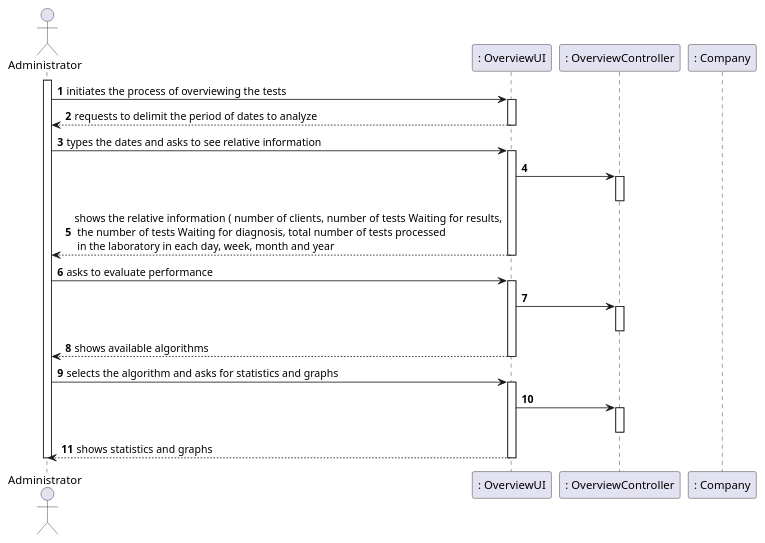
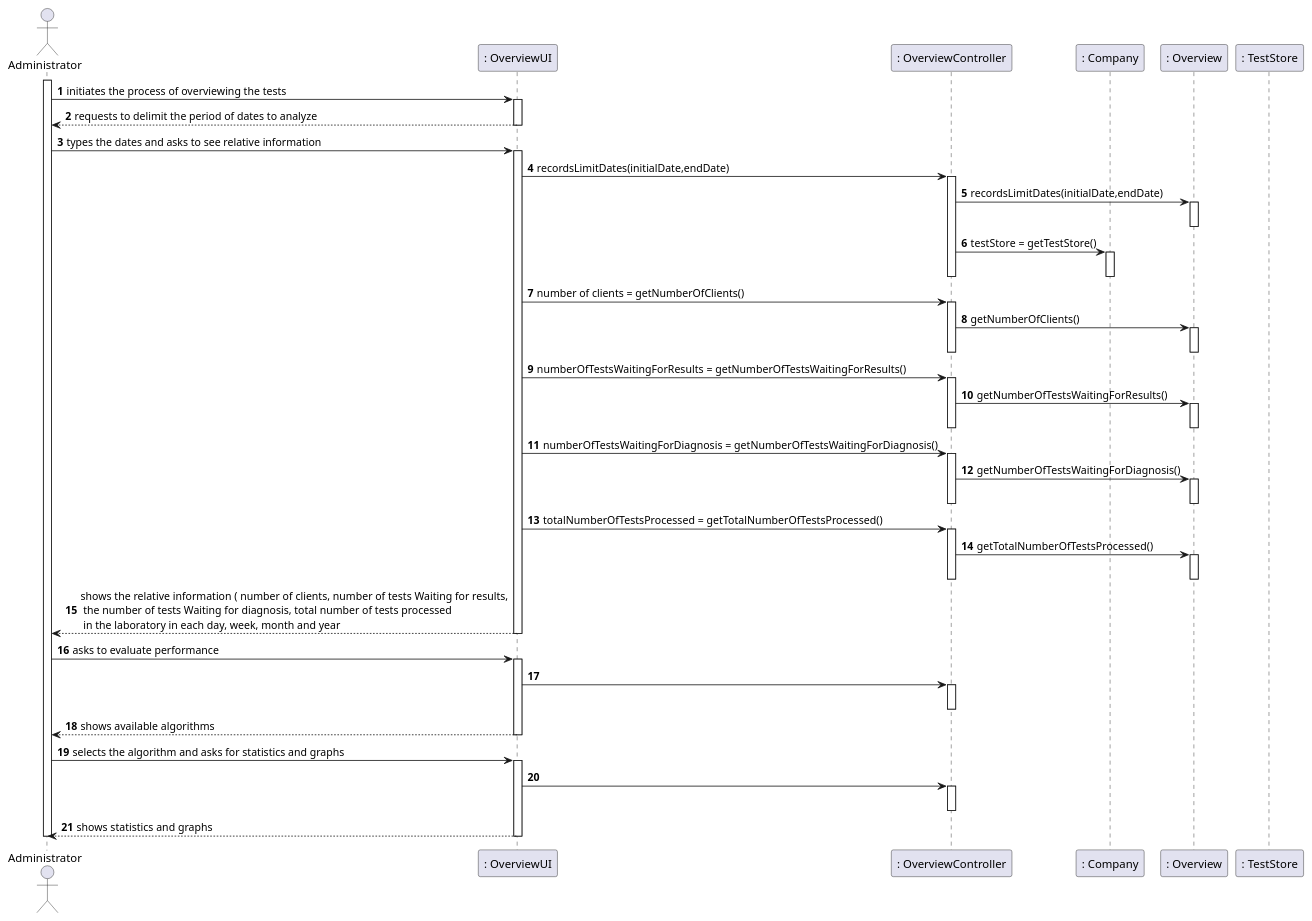
Before and after one commit to manu-07-ela/LAPR2_ISEP: the diagram in docs/SprintD/US16/US16_SD.puml, drawn with PlantUML. The commit also changed 3 other files, not shown here.

```diff
--- a/docs/SprintD/US16/US16_SD.puml
+++ b/docs/SprintD/US16/US16_SD.puml
@@ -1,42 +1,79 @@
 @startuml
 autonumber
 'hide footbox
 actor "Administrator" as ADMIN
 
 participant ": OverviewUI" as UI
 participant ": OverviewController" as CTRL
 participant ": Company" as COMP
+participant ": Overview" as OVERVIEW
+participant ": TestStore" as TS
 
 activate ADMIN
 ADMIN -> UI : initiates the process of overviewing the tests
 activate UI
 UI --> ADMIN : requests to delimit the period of dates to analyze
 deactivate UI
 
 ADMIN -> UI : types the dates and asks to see relative information
 activate UI
-UI -> CTRL :
+UI -> CTRL : recordsLimitDates(initialDate,endDate)
 activate CTRL
+CTRL -> OVERVIEW : recordsLimitDates(initialDate,endDate)
+activate OVERVIEW
+deactivate OVERVIEW
+
+CTRL -> COMP : testStore = getTestStore()
+activate COMP
+deactivate COMP
 deactivate CTRL
+UI -> CTRL : number of clients = getNumberOfClients()
+activate CTRL
+CTRL -> OVERVIEW : getNumberOfClients()
+activate OVERVIEW
+deactivate OVERVIEW
+deactivate CTRL
+
+UI -> CTRL : numberOfTestsWaitingForResults = getNumberOfTestsWaitingForResults()
+activate CTRL
+CTRL -> OVERVIEW : getNumberOfTestsWaitingForResults()
+activate OVERVIEW
+deactivate OVERVIEW
+deactivate CTRL
+
+UI -> CTRL : numberOfTestsWaitingForDiagnosis = getNumberOfTestsWaitingForDiagnosis()
+activate CTRL
+CTRL -> OVERVIEW : getNumberOfTestsWaitingForDiagnosis()
+activate OVERVIEW
+deactivate OVERVIEW
+deactivate CTRL
+
+UI -> CTRL : totalNumberOfTestsProcessed = getTotalNumberOfTestsProcessed()
+activate CTRL
+CTRL -> OVERVIEW : getTotalNumberOfTestsProcessed()
+activate OVERVIEW
+deactivate OVERVIEW
+deactivate CTRL
+
 UI --> ADMIN : shows the relative information ( number of clients, number of tests Waiting for results,\n the number of tests Waiting for diagnosis, total number of tests processed \n in the laboratory in each day, week, month and year
 deactivate UI
 
 ADMIN -> UI : asks to evaluate performance
 activate UI
 UI -> CTRL :
 activate CTRL
 deactivate CTRL
 UI --> ADMIN : shows available algorithms
 deactivate UI
 
 ADMIN -> UI : selects the algorithm and asks for statistics and graphs
 activate UI
 UI -> CTRL :
 activate CTRL
 deactivate CTRL
 UI --> ADMIN : shows statistics and graphs
 deactivate UI
 
 deactivate ADMIN
 
 @enduml
```
